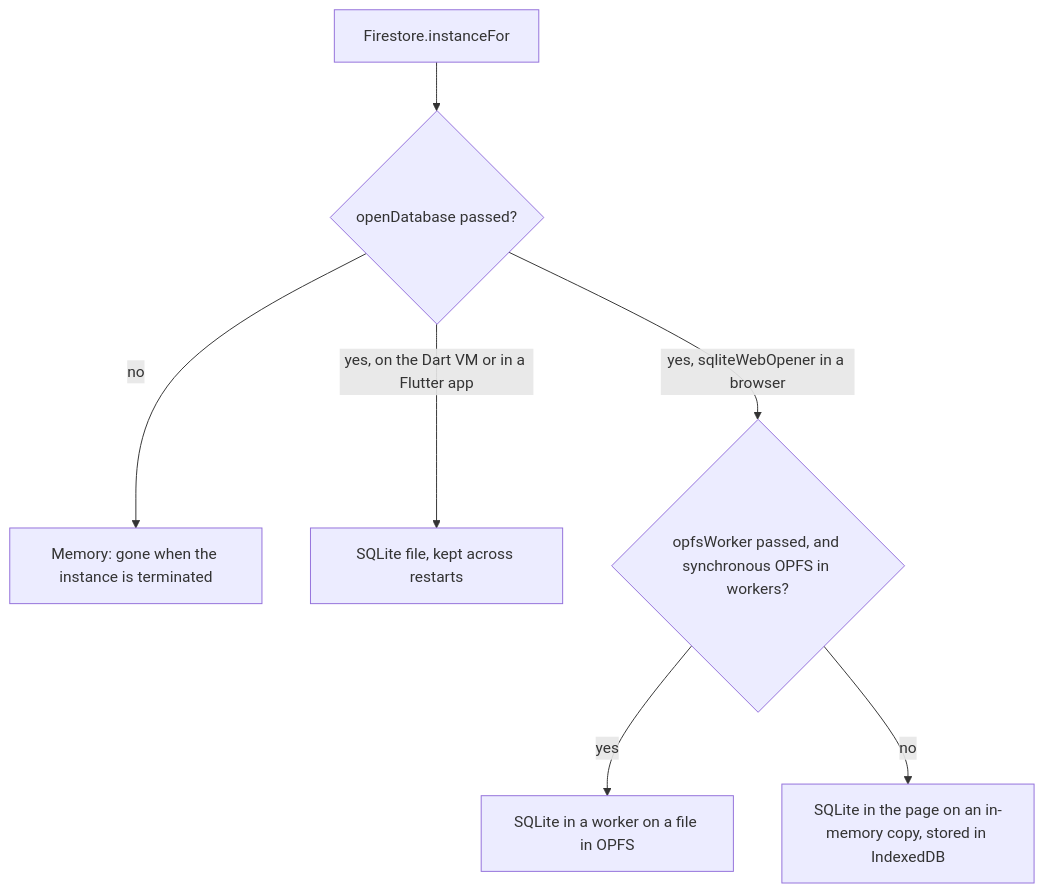
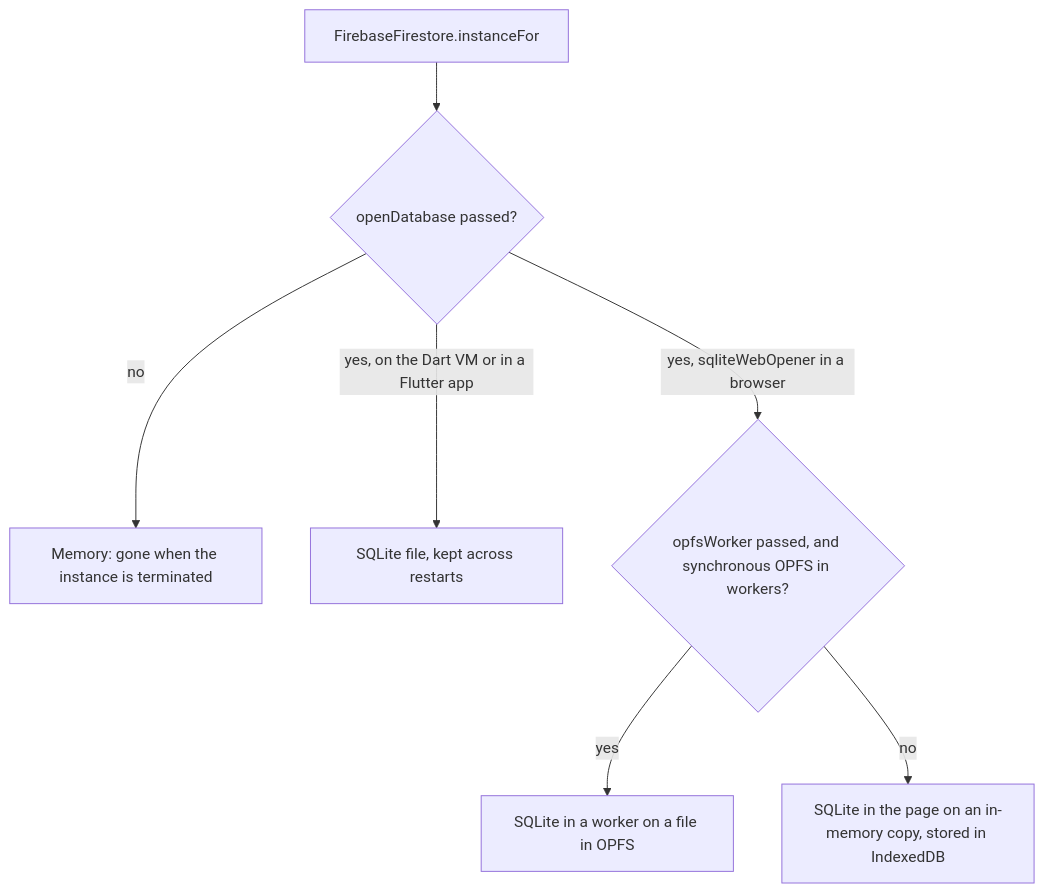
One commit to long1eu/firebase_dart_sdk changed the first of 2 diagrams in docs/guides/offline_persistence.md. Above: the diagram before and after it, drawn with Mermaid. The commit also changed other lines of this file and 27 other files, not shown here.

First line of the commit message:
Bring main's new diagrams, pictures and the FlutterFire bridge to the 0.2 names

````diff
--- a/docs/guides/offline_persistence.md
+++ b/docs/guides/offline_persistence.md
@@ -15,9 +15,9 @@
 ```mermaid
 flowchart TD
-    start["Firestore.instanceFor"] --> hasOpener{"openDatabase passed?"}
+    start["FirebaseFirestore.instanceFor"] --> hasOpener{"openDatabase passed?"}
     hasOpener -->|no| memory["Memory: gone when the instance is terminated"]
     hasOpener -->|"yes, on the Dart VM or in a Flutter app"| sqliteFile["SQLite file, kept across restarts"]
     hasOpener -->|"yes, sqliteWebOpener in a browser"| hasWorker{"opfsWorker passed, and synchronous OPFS in workers?"}
     hasWorker -->|yes| opfs["SQLite in a worker on a file in OPFS"]
     hasWorker -->|no| indexedDb["SQLite in the page on an in-memory copy, stored in IndexedDB"]
 ```
````
